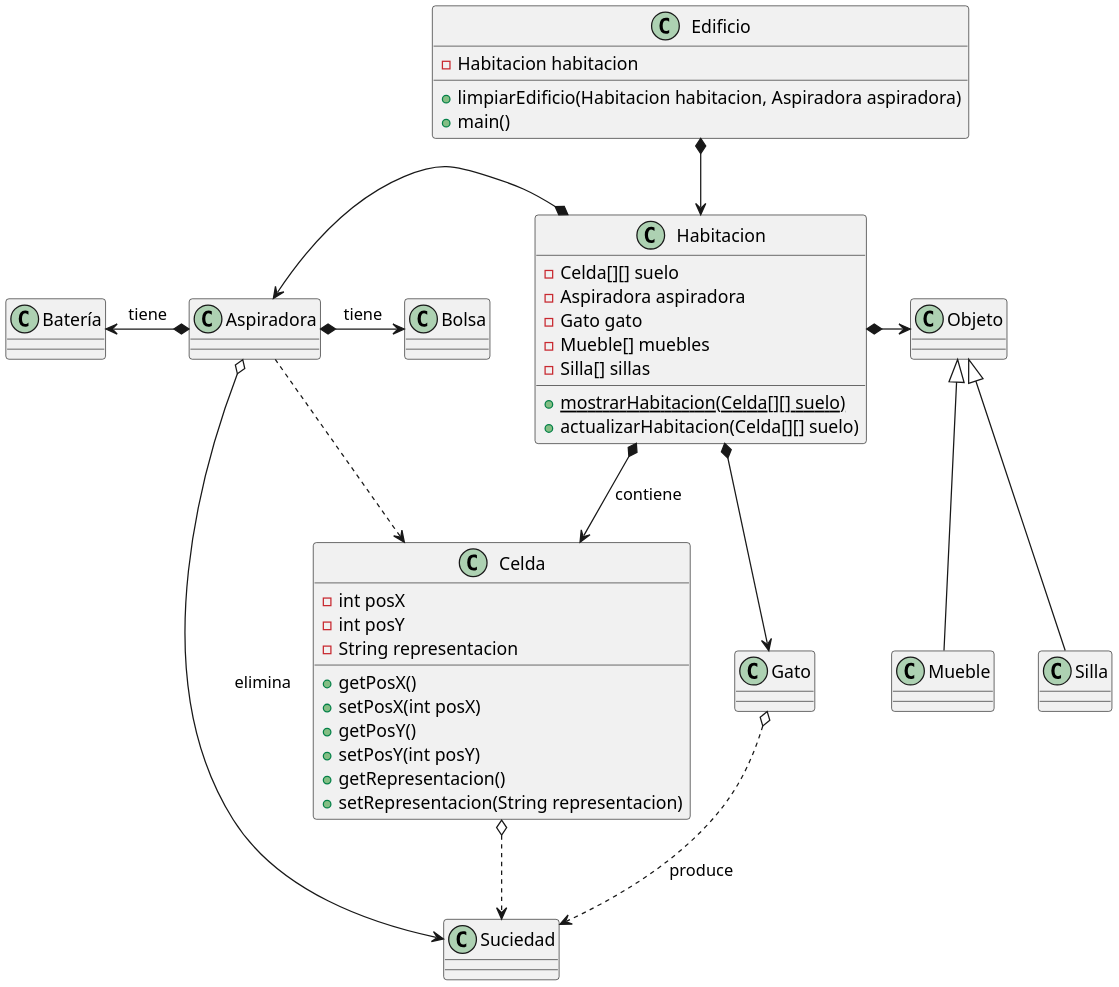
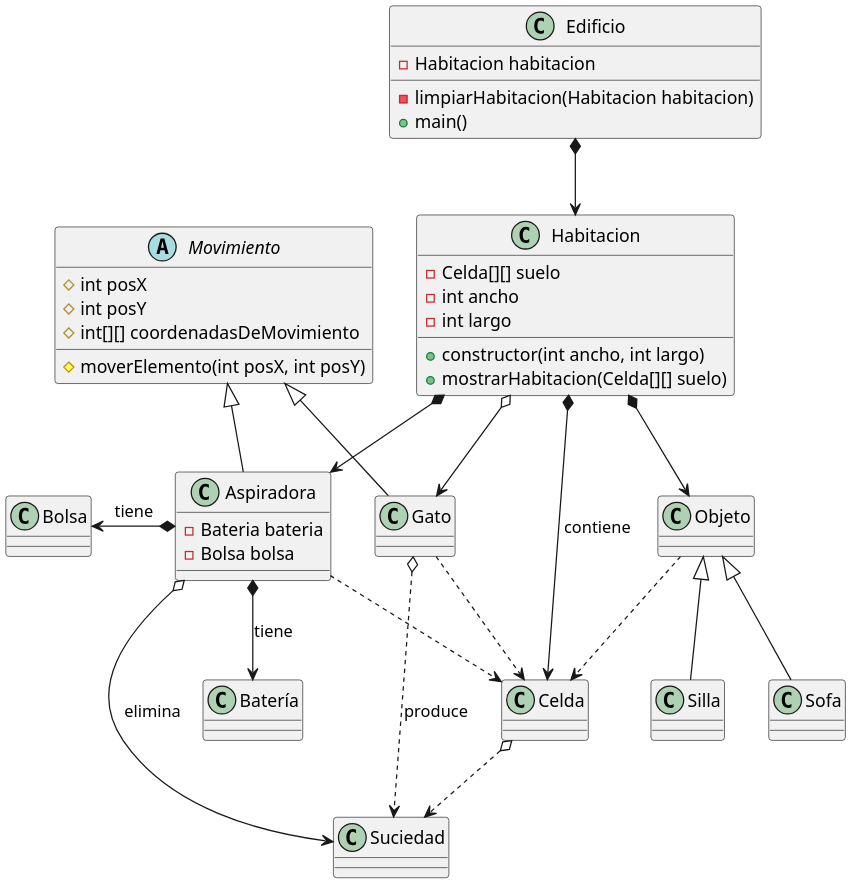
Before and after one commit to mmasias/idsw2: the diagram in docs/diagramaDeClases.plantuml, drawn with PlantUML.

Commit message:
Clase edificio y habitacion hechas

```diff
--- a/docs/diagramaDeClases.plantuml
+++ b/docs/diagramaDeClases.plantuml
@@ -1,56 +1,61 @@
 @startuml
 scale 2
-class Edificio {
+class Edificio
+{
     - Habitacion habitacion
-    + limpiarEdificio(Habitacion habitacion, Aspiradora aspiradora)
+    - limpiarHabitacion(Habitacion habitacion)
     + main()
 }
+class Habitacion
+{
+    - Celda[][] suelo
+    - int ancho
+    - int largo
+    + constructor(int ancho, int largo)
+    + mostrarHabitacion(Celda[][] suelo)
 
-class Habitacion{
-    - Celda[][] suelo
-    - Aspiradora aspiradora
-    - Gato gato
-    - Mueble[] muebles
-    - Silla[] sillas
-    + {static} mostrarHabitacion(Celda[][] suelo)
-    + actualizarHabitacion(Celda[][] suelo)
 }
-class Celda {
-    - int posX
-    - int posY
-    - String representacion
-    + getPosX()
-    + setPosX(int posX)
-    + getPosY()
-    + setPosY(int posY)
-    + getRepresentacion()
-    + setRepresentacion(String representacion)
+abstract class Movimiento{
+    # int posX
+    # int posY
+    # int[][] coordenadasDeMovimiento
+    # moverElemento(int posX, int posY)
 }
-class Aspiradora
+class Aspiradora{
+    - Bateria bateria
+    - Bolsa bolsa
+    
+}
 class Suciedad
 class Batería
 class Gato
 class Bolsa
 class Objeto
-class Mueble
+class Celda
+class Sofa
 class Silla
 
 Edificio *--> Habitacion
+
 Habitacion *--> Celda : contiene
-Habitacion *-r-> Objeto
-Habitacion *-l-> Aspiradora 
-Habitacion *--> Gato 
+Habitacion *--> Aspiradora
+Habitacion o--> Gato
+Habitacion *--> Objeto
 
 Celda o..> Suciedad
 
 Aspiradora o--> Suciedad : elimina
-Aspiradora *-r-> Bolsa : tiene
-Aspiradora *-l-> Batería : tiene
+Aspiradora *-l-> Bolsa : tiene
+Aspiradora *-d-> Batería : tiene
 Aspiradora ..> Celda
+Aspiradora -u-|> Movimiento
 
 Gato o..> Suciedad : produce
+Gato ..> Celda
+Gato -u-|> Movimiento
 
-Objeto <|-- Mueble
+Objeto <|-- Sofa
 Objeto <|-- Silla
+Objeto ..> Celda
 
 @enduml
```
